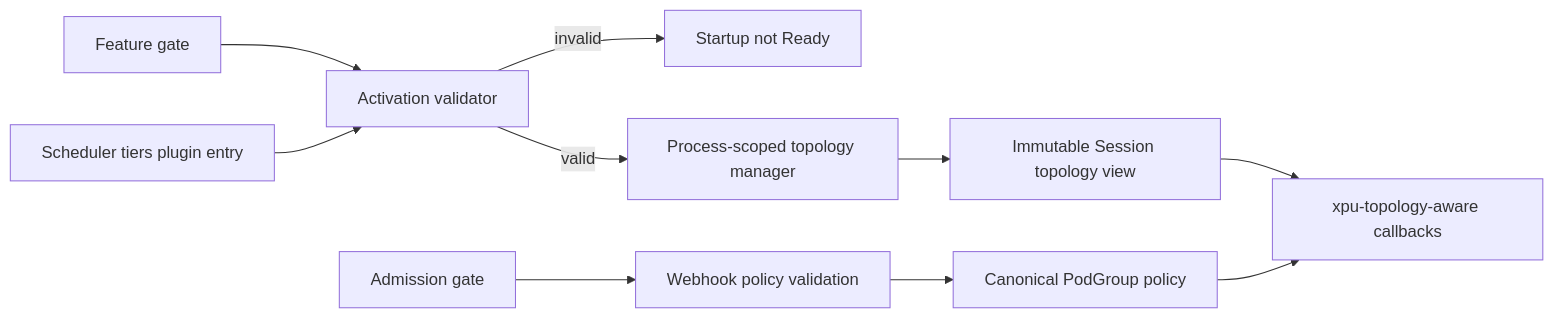
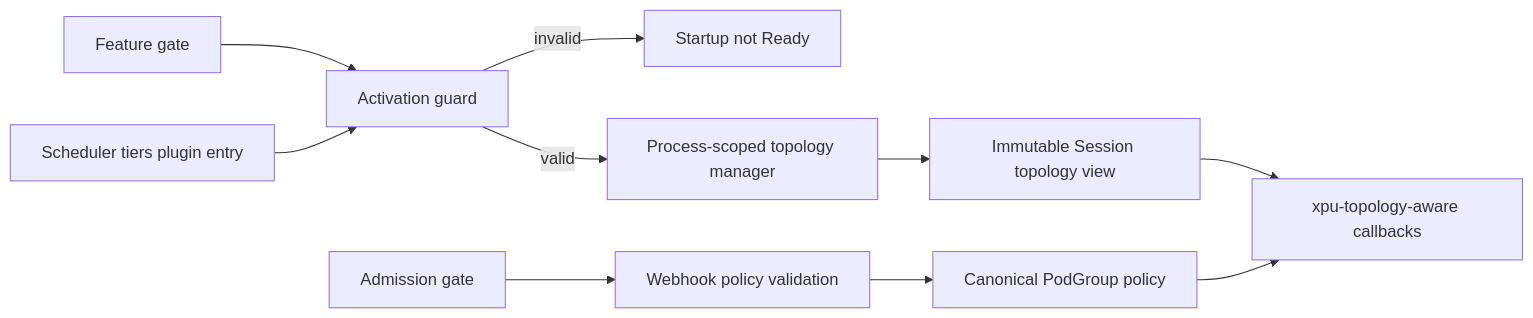
One commit to SiuMai99/volcano changed the second of 4 diagrams in docs/design/xpu-topology-aware/99-generic-xpu-topology-aware-design-zh-v4.md. Above: the diagram before and after it, drawn with Mermaid. The commit also changed other lines of this file and 16 other files, not shown here.

```diff
--- a/docs/design/xpu-topology-aware/99-generic-xpu-topology-aware-design-zh-v4.md
+++ b/docs/design/xpu-topology-aware/99-generic-xpu-topology-aware-design-zh-v4.md
@@ -201,12 +201,12 @@
 ~~~mermaid
 flowchart LR
-    FG[Feature gate] --> V[Activation validator]
+    FG[Feature gate] --> V[Activation guard]
     PC[Scheduler tiers plugin entry] --> V
     V -->|invalid| NR[Startup not Ready]
     V -->|valid| TM[Process-scoped topology manager]
     TM --> SV[Immutable Session topology view]
     SV --> PL[xpu-topology-aware callbacks]
     WG[Admission gate] --> WH[Webhook policy validation]
     WH --> PG[Canonical PodGroup policy]
     PG --> PL
 ~~~
```
